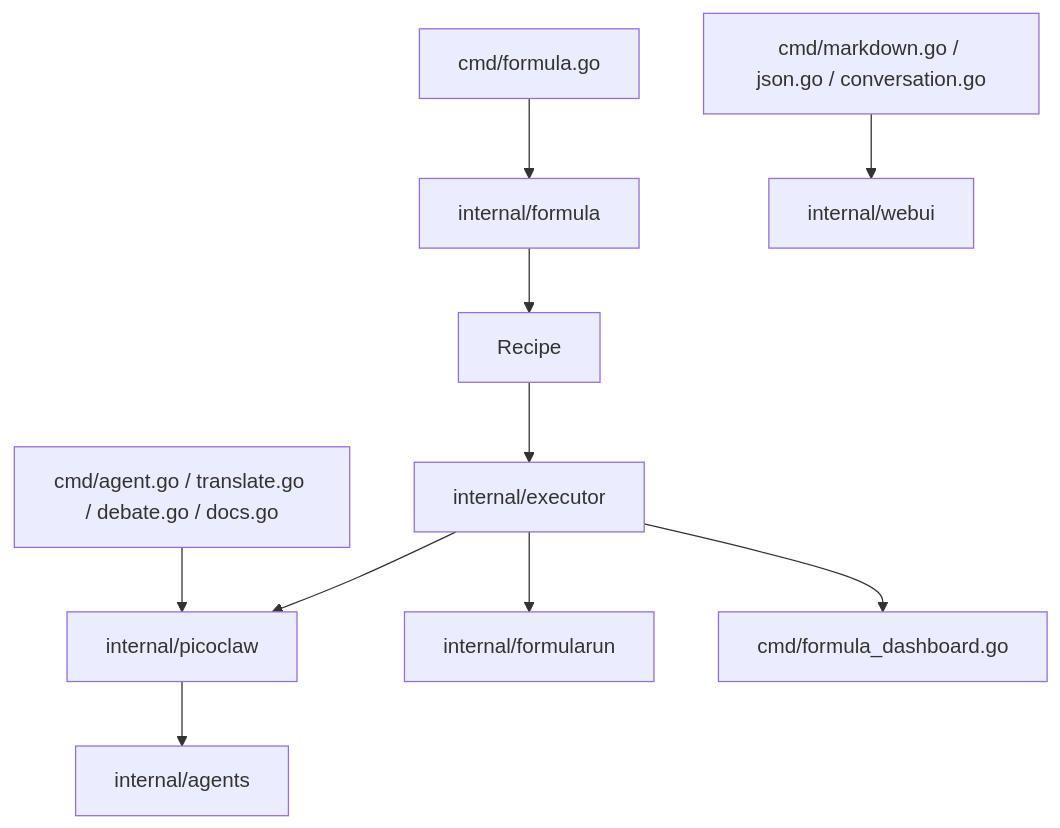
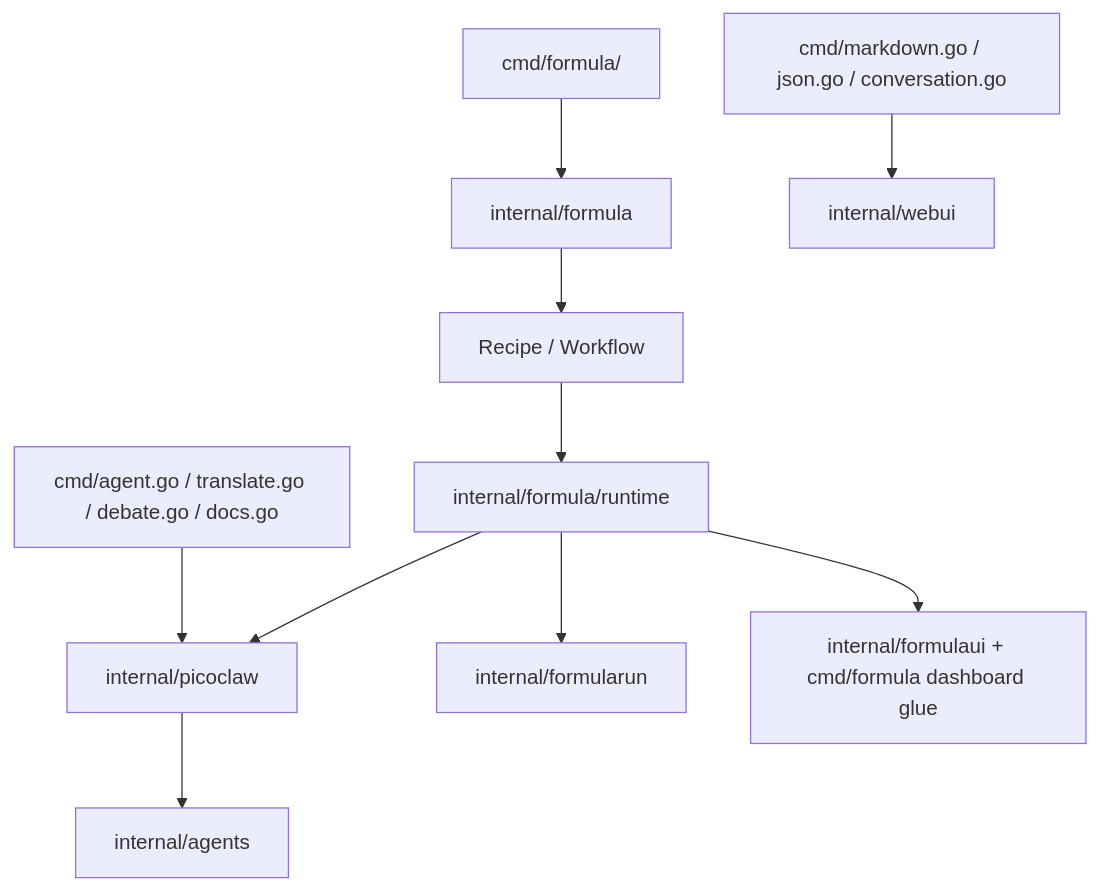
The second of 2 diagrams in ai-docs/module-map.md (sjzsdu/tt), drawn with Mermaid before and after one commit. The commit also changed other lines of this file and 5 other files, not shown here.

Commit message:
docs(formula): update typed runtime architecture

````diff
--- a/ai-docs/module-map.md
+++ b/ai-docs/module-map.md
@@ -285,14 +283,14 @@
 ```mermaid
 flowchart TD
-    A[cmd/formula.go] --> B[internal/formula]
-    B --> C[Recipe]
-    C --> D[internal/executor]
+    A[cmd/formula/] --> B[internal/formula]
+    B --> C[Recipe / Workflow]
+    C --> D[internal/formula/runtime]
     D --> E[internal/picoclaw]
     D --> F[internal/formularun]
-    D --> G[cmd/formula_dashboard.go]
+    D --> G[internal/formulaui + cmd/formula dashboard glue]
 
     H[cmd/agent.go / translate.go / debate.go / docs.go] --> E
     E --> I[internal/agents]
 
     J[cmd/markdown.go / json.go / conversation.go] --> K[internal/webui]
 ```
````
